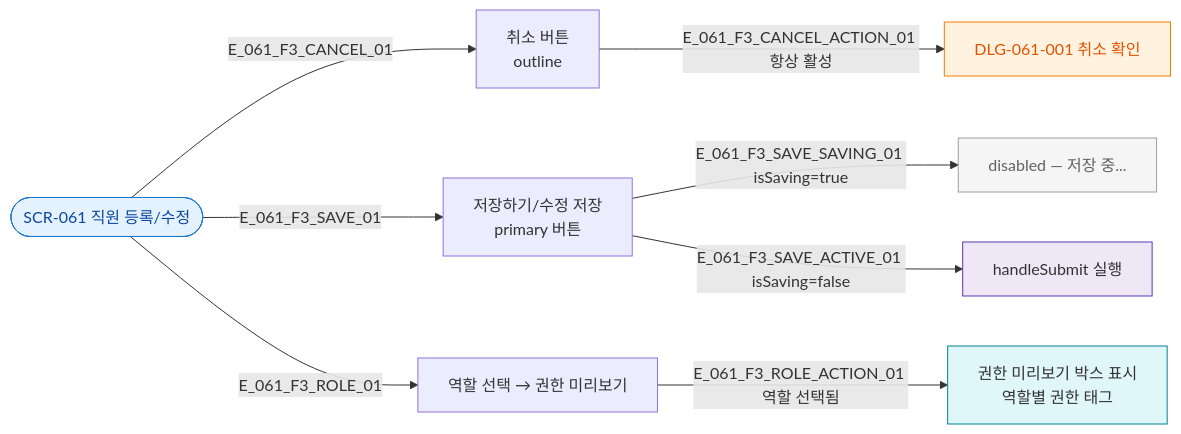
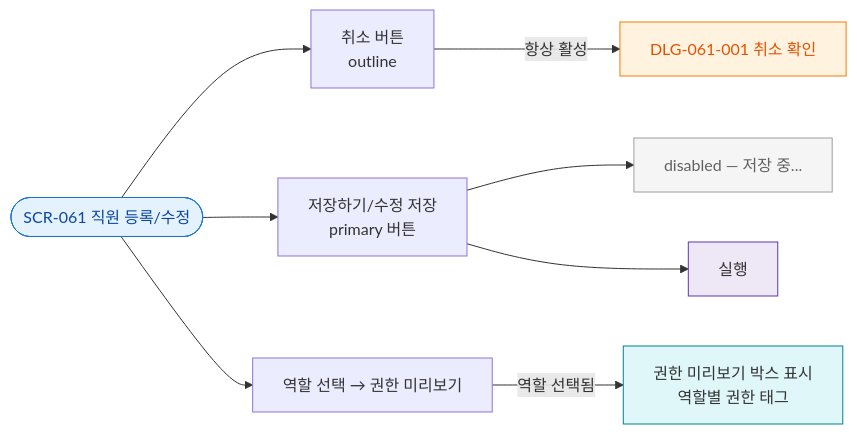
Before and after one commit to dev-spogym/admin-pando: the diagram in docs/다이어그램/D07_직원관리/SCR-061_직원등록수정/F3_버튼액션.md, drawn with Mermaid. The commit also changed other lines of this file and 1660 other files, not shown here.

First line of the commit message:
다이어그램: 기획자/클라이언트 납품본으로 정리

````diff
--- a/docs/다이어그램/D07_직원관리/SCR-061_직원등록수정/F3_버튼액션.md
+++ b/docs/다이어그램/D07_직원관리/SCR-061_직원등록수정/F3_버튼액션.md
@@ -18,31 +16,31 @@
 ```mermaid
 flowchart LR
   SCR_061([SCR-061 직원 등록/수정])
 
   BTN_CANCEL[취소 버튼\noutline]
   BTN_SAVE[저장하기/수정 저장\nprimary 버튼]
   BTN_ROLE_INFO[역할 선택 → 권한 미리보기]
 
-  SCR_061 -->|E_061_F3_CANCEL_01| BTN_CANCEL
-  SCR_061 -->|E_061_F3_SAVE_01| BTN_SAVE
-  SCR_061 -->|E_061_F3_ROLE_01| BTN_ROLE_INFO
+  SCR_061 --> BTN_CANCEL
+  SCR_061 --> BTN_SAVE
+  SCR_061 --> BTN_ROLE_INFO
 
-  BTN_CANCEL -->|E_061_F3_CANCEL_ACTION_01 항상 활성| DLG_061_001[DLG-061-001 취소 확인]
+  BTN_CANCEL -->|항상 활성|DLG_061_001[DLG-061-001 취소 확인]
 
-  BTN_SAVE -->|E_061_F3_SAVE_SAVING_01 isSaving=true| DISABLED_SAVE[disabled — 저장 중...]
-  BTN_SAVE -->|E_061_F3_SAVE_ACTIVE_01 isSaving=false| SUBMIT[handleSubmit 실행]
+  BTN_SAVE --> DISABLED_SAVE[disabled — 저장 중...]
+  BTN_SAVE --> SUBMIT[실행]
 
-  BTN_ROLE_INFO -->|E_061_F3_ROLE_ACTION_01 역할 선택됨| ROLE_PREVIEW[권한 미리보기 박스 표시\n역할별 권한 태그]
+  BTN_ROLE_INFO -->|역할 선택됨|ROLE_PREVIEW[권한 미리보기 박스 표시\n역할별 권한 태그]
 
-  classDef screen      fill:#E3F2FD,stroke:#1976D2,color:#0D47A1
-  classDef modal       fill:#FFF3E0,stroke:#F57C00,color:#E65100
+  classDef screen fill:#E3F2FD,stroke:#1976D2,color:#0D47A1
+  classDef modal fill:#FFF3E0,stroke:#F57C00,color:#E65100
   classDef rbacBlocked fill:#F5F5F5,stroke:#9E9E9E,color:#616161
-  classDef system      fill:#EDE7F6,stroke:#5E35B2
-  classDef info        fill:#E0F7FA,stroke:#00838F
+  classDef system fill:#EDE7F6,stroke:#5E35B2
+  classDef info fill:#E0F7FA,stroke:#00838F
 
   class SCR_061 screen
   class DLG_061_001 modal
   class DISABLED_SAVE rbacBlocked
   class SUBMIT system
   class ROLE_PREVIEW info
 ```
````
